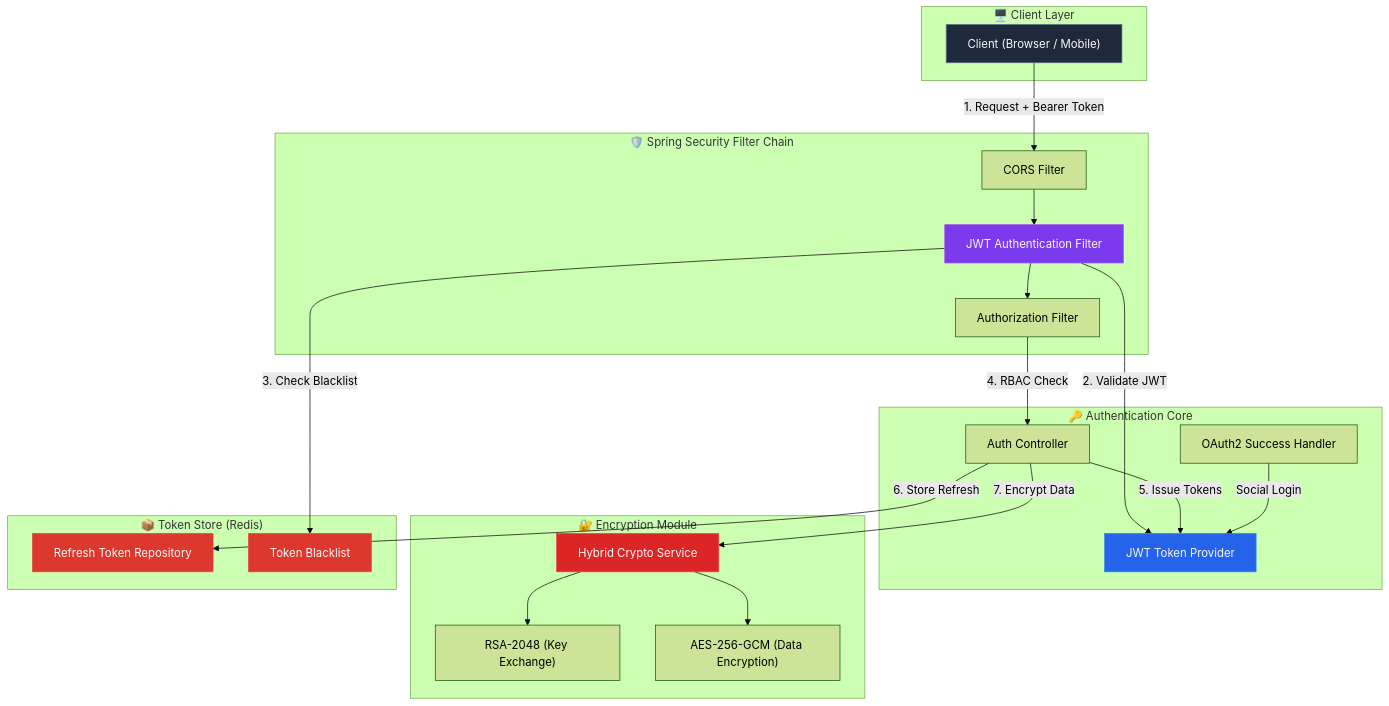
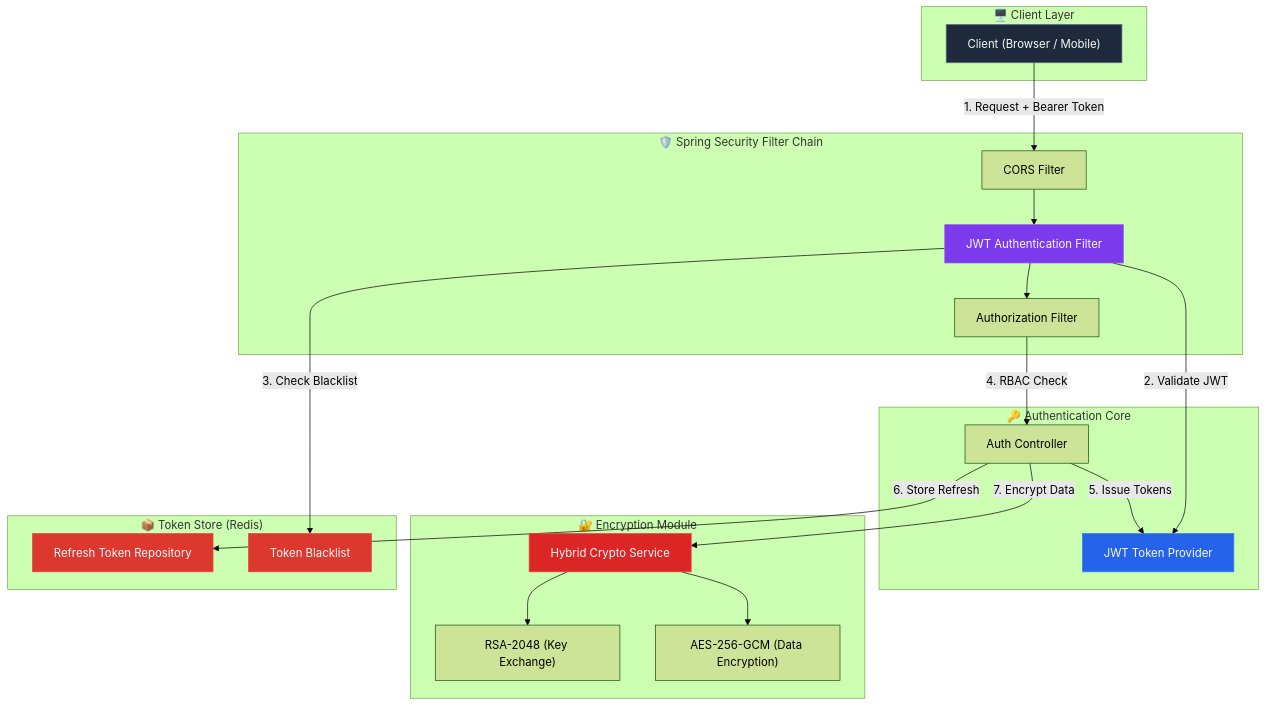
Before and after one commit to hooneyg/security-auth-core: the diagram in README.md, drawn with Mermaid (forest theme). The commit also changed other lines of this file and 18 other files, not shown here.

````diff
--- a/README.md
+++ b/README.md
@@ -31,52 +36,49 @@
 ```mermaid
 graph TB
     subgraph "🖥️ Client Layer"
         Client["Client (Browser / Mobile)"]
     end
 
     subgraph "🛡️ Spring Security Filter Chain"
         CorsFilter["CORS Filter"]
         JwtFilter["JWT Authentication Filter"]
         AuthFilter["Authorization Filter"]
     end
 
     subgraph "🔑 Authentication Core"
         AuthController["Auth Controller"]
         JwtProvider["JWT Token Provider"]
-        OAuth2Handler["OAuth2 Success Handler"]
     end
 
     subgraph "🔐 Encryption Module"
         CryptoService["Hybrid Crypto Service"]
         RSA["RSA-2048 (Key Exchange)"]
         AES["AES-256-GCM (Data Encryption)"]
     end
 
     subgraph "📦 Token Store (Redis)"
         RefreshRepo["Refresh Token Repository"]
         Blacklist["Token Blacklist"]
     end
 
     Client --> |"1. Request + Bearer Token"| CorsFilter
     CorsFilter --> JwtFilter
     JwtFilter --> |"2. Validate JWT"| JwtProvider
     JwtFilter --> |"3. Check Blacklist"| Blacklist
     JwtFilter --> AuthFilter
     AuthFilter --> |"4. RBAC Check"| AuthController
 
     AuthController --> |"5. Issue Tokens"| JwtProvider
     AuthController --> |"6. Store Refresh"| RefreshRepo
     AuthController --> |"7. Encrypt Data"| CryptoService
 
     CryptoService --> RSA
     CryptoService --> AES
 
-    OAuth2Handler --> |"Social Login"| JwtProvider
-
     style Client fill:#1E293B,stroke:#64748B,color:#F8FAFC
     style JwtFilter fill:#7C3AED,stroke:#A855F7,color:#F8FAFC
     style JwtProvider fill:#2563EB,stroke:#3B82F6,color:#F8FAFC
     style CryptoService fill:#DC2626,stroke:#EF4444,color:#F8FAFC
     style RefreshRepo fill:#DC382D,stroke:#EF4444,color:#F8FAFC
     style Blacklist fill:#DC382D,stroke:#EF4444,color:#F8FAFC
 ```
````
